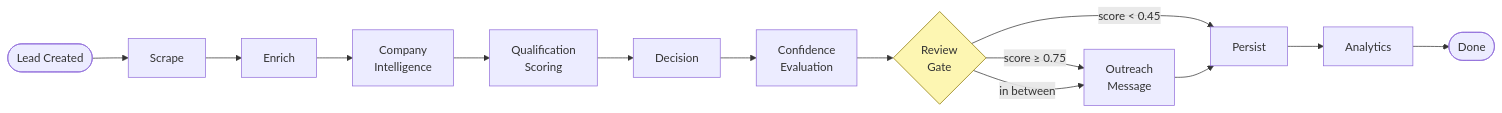
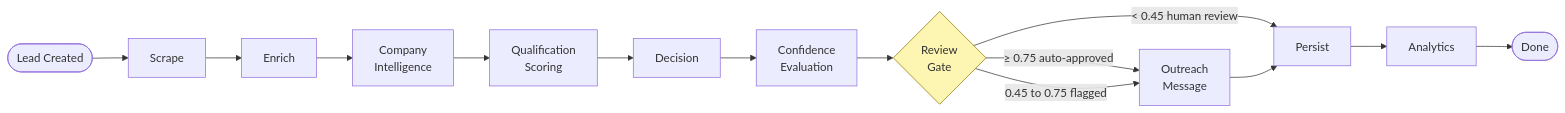
Before and after one commit to anupamkr1708/LeadBoost-saas: the second of 2 diagrams in README.md, drawn with Mermaid. The commit also changed other lines of this file and 23 other files, not shown here.

Commit message:
docs: document LeadBoost architecture and Mailer integration

````diff
--- a/README.md
+++ b/README.md
@@ -259,18 +161,18 @@
 ```mermaid
 flowchart LR
     START([Lead Created]) --> SCRAPE[Scrape]
     SCRAPE --> ENRICH[Enrich]
     ENRICH --> CI[Company<br/>Intelligence]
     CI --> QUAL[Qualification<br/>Scoring]
     QUAL --> DEC[Decision]
     DEC --> CEV[Confidence<br/>Evaluation]
     CEV --> REV{Review<br/>Gate}
-    REV -->|score ≥ 0.75| MSG[Outreach<br/>Message]
-    REV -->|score < 0.45| PERSIST[Persist]
-    REV -->|in between| MSG
+    REV -->|"≥ 0.75 auto-approved"| MSG[Outreach<br/>Message]
+    REV -->|"0.45 to 0.75 flagged"| MSG
+    REV -->|"< 0.45 human review"| PERSIST[Persist]
     MSG --> PERSIST
     PERSIST --> ANA[Analytics]
     ANA --> END([Done])
 
     style REV fill:#fdf6b2,stroke:#8a7500
 ```
````
